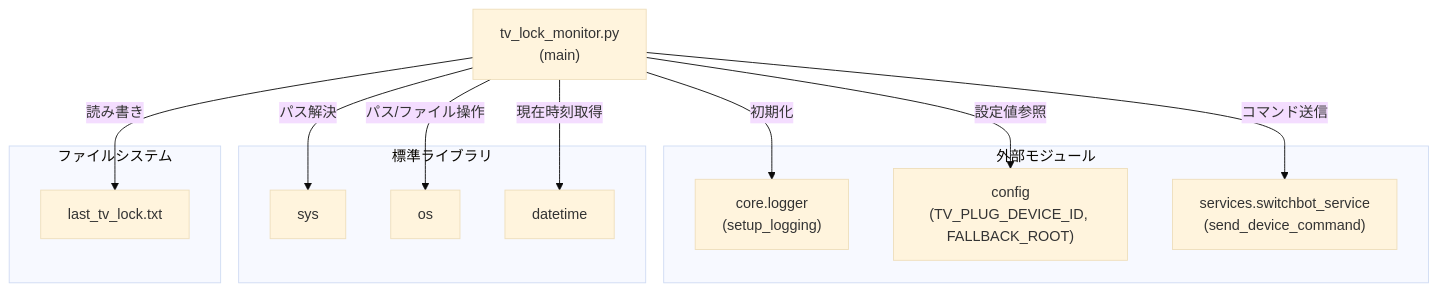
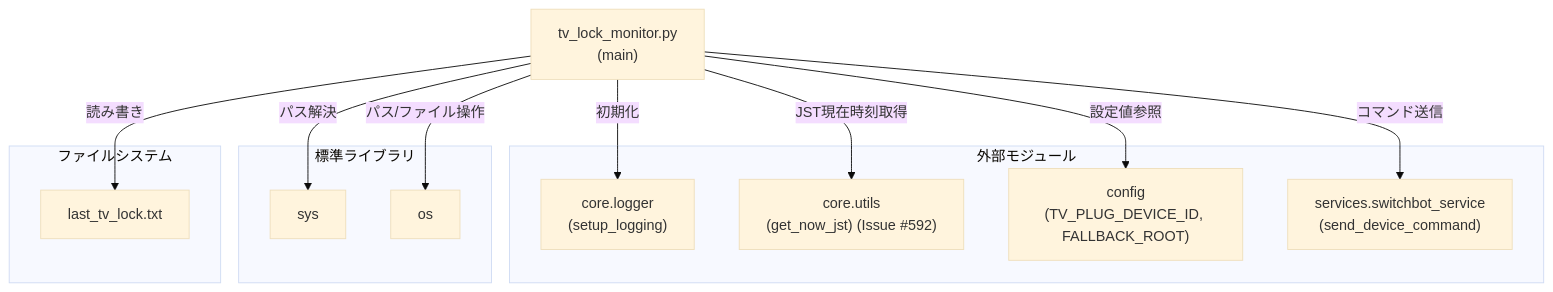
Before and after one commit to mmtigers/my_python_project: the second of 2 diagrams in docs/specifications/MY_HOME_SYSTEM/tv_lock_monitor.md, drawn with Mermaid (base theme). The commit also changed other lines of this file and 5 other files, not shown here.

First line of the commit message:
docs+test: get_now_jst()の単体テスト追加と関連仕様書の追従(#592)

````diff
--- a/docs/specifications/MY_HOME_SYSTEM/tv_lock_monitor.md
+++ b/docs/specifications/MY_HOME_SYSTEM/tv_lock_monitor.md
@@ -121,31 +123,31 @@
 ```mermaid
 graph TD
     Monitor["tv_lock_monitor.py\n(main)"]
     
     subgraph 外部モジュール
         Logger["core.logger\n(setup_logging)"]
+        Utils["core.utils\n(get_now_jst) (Issue #592)"]
         Config["config\n(TV_PLUG_DEVICE_ID, FALLBACK_ROOT)"]
         SwitchBot["services.switchbot_service\n(send_device_command)"]
     end
     
     subgraph 標準ライブラリ
         Sys["sys"]
         Os["os"]
-        Datetime["datetime"]
     end
     
     subgraph ファイルシステム
         RecordFile["last_tv_lock.txt"]
     end
     
     Monitor -->|パス解決| Sys
     Monitor -->|パス/ファイル操作| Os
-    Monitor -->|現在時刻取得| Datetime
+    Monitor -->|JST現在時刻取得| Utils
     
     Monitor -->|初期化| Logger
     Monitor -->|設定値参照| Config
     Monitor -->|コマンド送信| SwitchBot
     
     Monitor -->|読み書き| RecordFile
 
 ```
````
